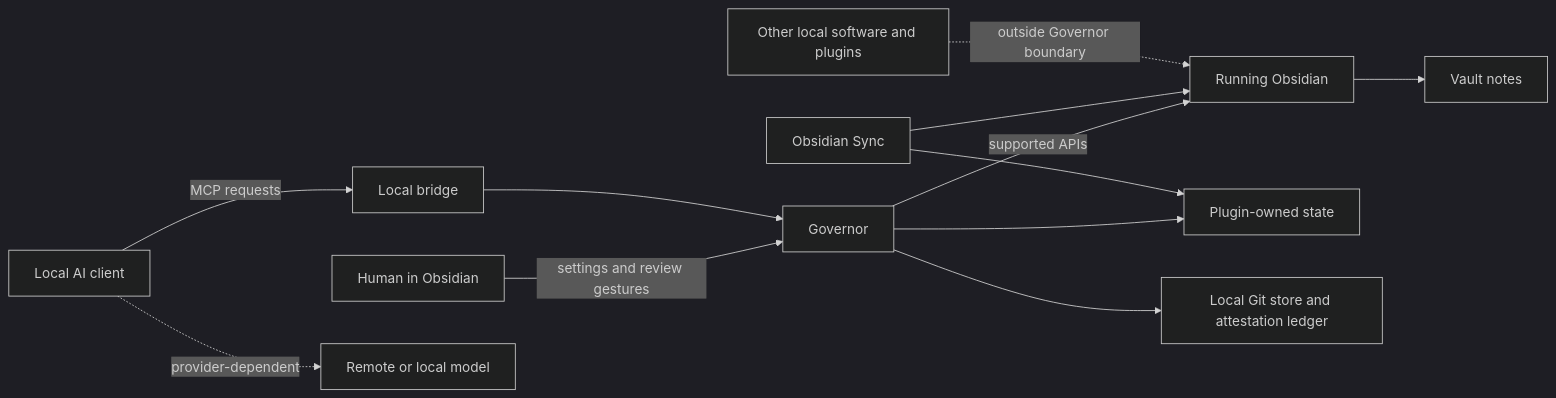
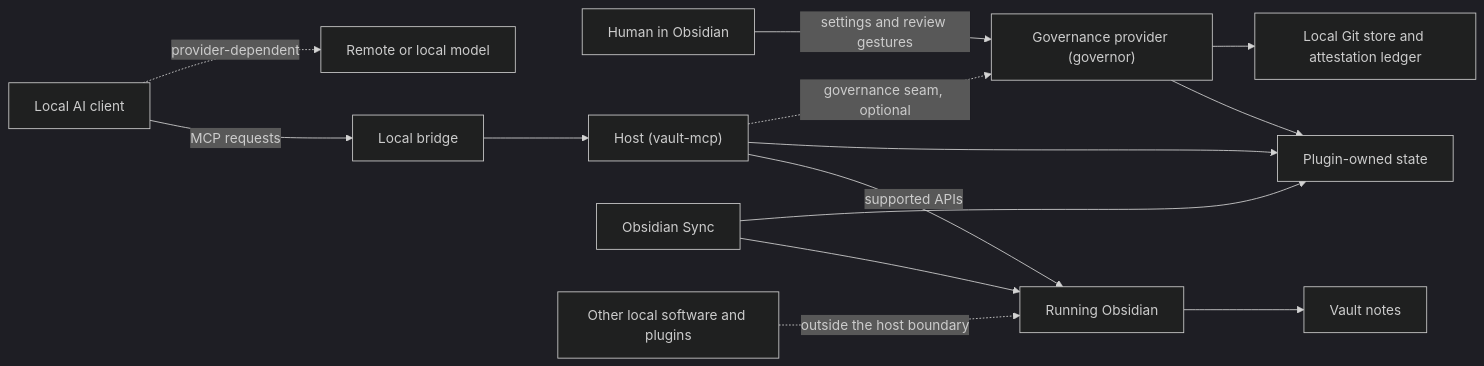
One commit to nelsonlove/obsidian-mcp-suite changed the diagram in docs/threat-model.md. Above: the diagram before and after it, drawn with Mermaid (dark theme). The commit also changed other lines of this file and 67 other files, not shown here.

````diff
--- a/docs/threat-model.md
+++ b/docs/threat-model.md
@@ -55,14 +55,16 @@
 ```mermaid
 flowchart LR
-    H["Human in Obsidian"] -->|settings and review gestures| G["Governor"]
+    H["Human in Obsidian"] -->|settings and review gestures| Gv["Governance provider (governor)"]
     C["Local AI client"] -->|MCP requests| B["Local bridge"]
-    B --> G
-    G -->|supported APIs| O["Running Obsidian"]
+    B --> Ho["Host (vault-mcp)"]
+    Ho -->|supported APIs| O["Running Obsidian"]
     O --> V["Vault notes"]
-    G --> P["Plugin-owned state"]
-    G --> T["Local Git store and attestation ledger"]
+    Ho --> P["Plugin-owned state"]
+    Ho -.->|governance seam, optional| Gv
+    Gv --> P
+    Gv --> T["Local Git store and attestation ledger"]
     S["Obsidian Sync"] --> O
     S --> P
     C -.->|provider-dependent| R["Remote or local model"]
-    X["Other local software and plugins"] -.->|outside Governor boundary| O
+    X["Other local software and plugins"] -.->|outside the host boundary| O
 ```
````
